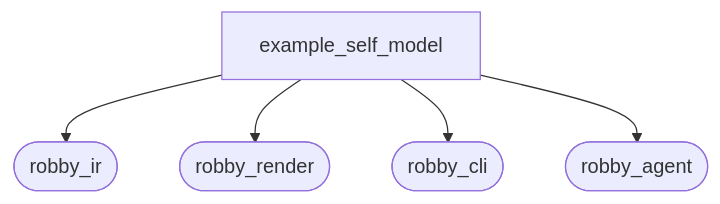
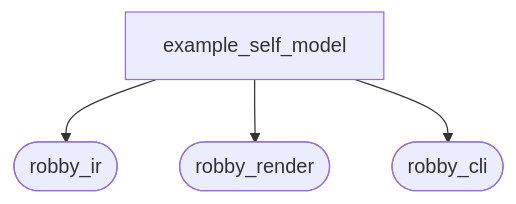
One commit to RyanGuild/self-describing-code changed the third of 4 diagrams in docs/self-model/robby_cli/example_self_model/index.md. Above: the diagram before and after it, drawn with Mermaid. The commit also changed other lines of this file and 747 other files, not shown here.

````diff
--- a/docs/self-model/robby_cli/example_self_model/index.md
+++ b/docs/self-model/robby_cli/example_self_model/index.md
@@ -40,12 +40,10 @@
 ```mermaid
 flowchart TB
     n_c58f68f7fc449f63["example_self_model"]
-    n_f3e9f97d91a4f4af(["robby_agent"])
     n_a331a60ee1568354(["robby_cli"])
     n_356bf2c23da68961(["robby_ir"])
     n_9c636b098ca4450e(["robby_render"])
     n_c58f68f7fc449f63 --> n_356bf2c23da68961
     n_c58f68f7fc449f63 --> n_9c636b098ca4450e
     n_c58f68f7fc449f63 --> n_a331a60ee1568354
-    n_c58f68f7fc449f63 --> n_f3e9f97d91a4f4af
 ```
````
